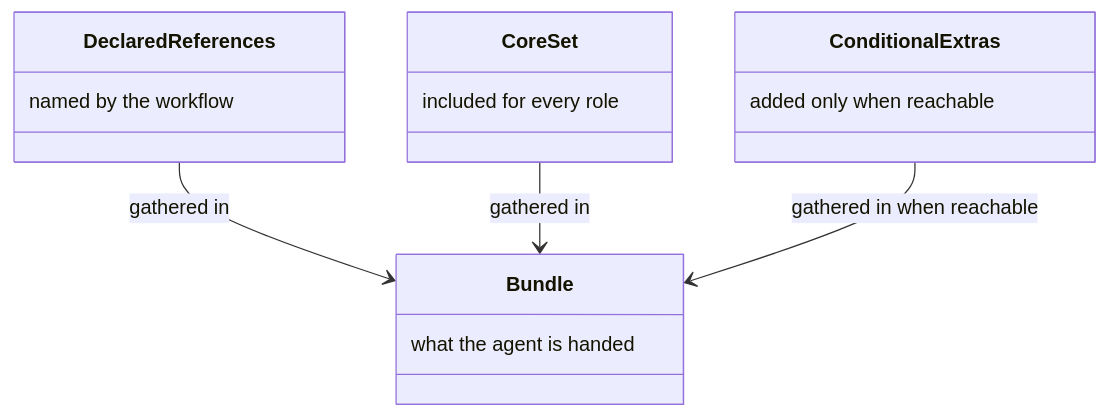
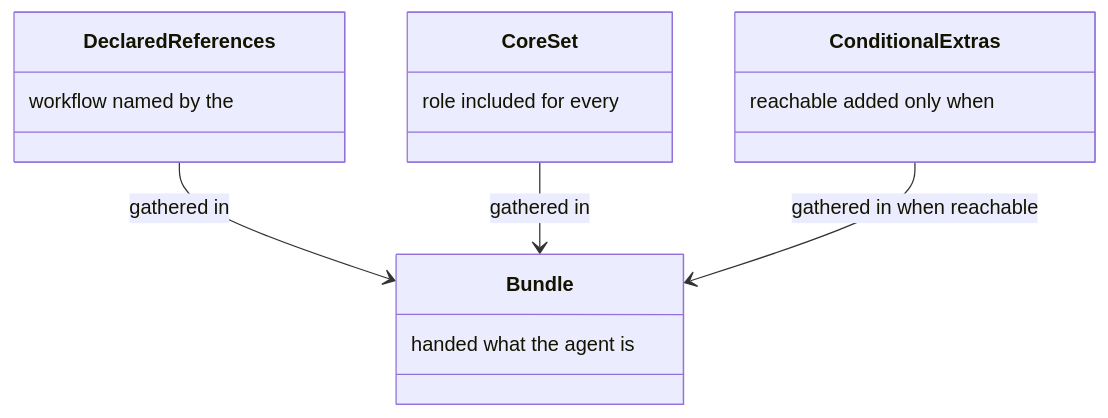
The second of 26 diagrams in docs/delivery.md (m2ux/workflow-server), drawn with Mermaid before and after one commit. The commit also changed other lines of this file and 13 other files, not shown here.

````diff
--- a/docs/delivery.md
+++ b/docs/delivery.md
@@ -27,18 +27,18 @@
 ```mermaid
 classDiagram
   class DeclaredReferences {
-    named by the workflow
+    workflow named by the
   }
   class CoreSet {
-    included for every role
+    role included for every
   }
   class ConditionalExtras {
-    added only when reachable
+    reachable added only when
   }
   class Bundle {
-    what the agent is handed
+    handed what the agent is
   }
   DeclaredReferences --> Bundle : gathered in
   CoreSet --> Bundle : gathered in
   ConditionalExtras --> Bundle : gathered in when reachable
 ```
````
